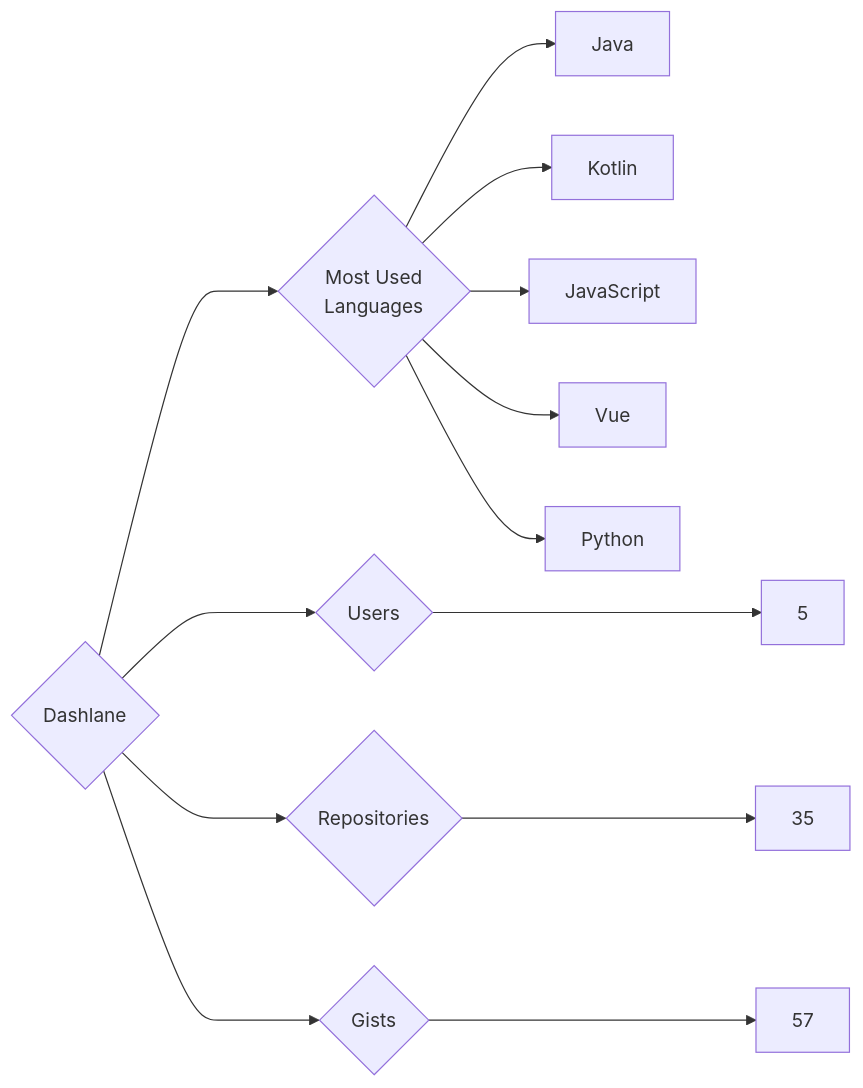
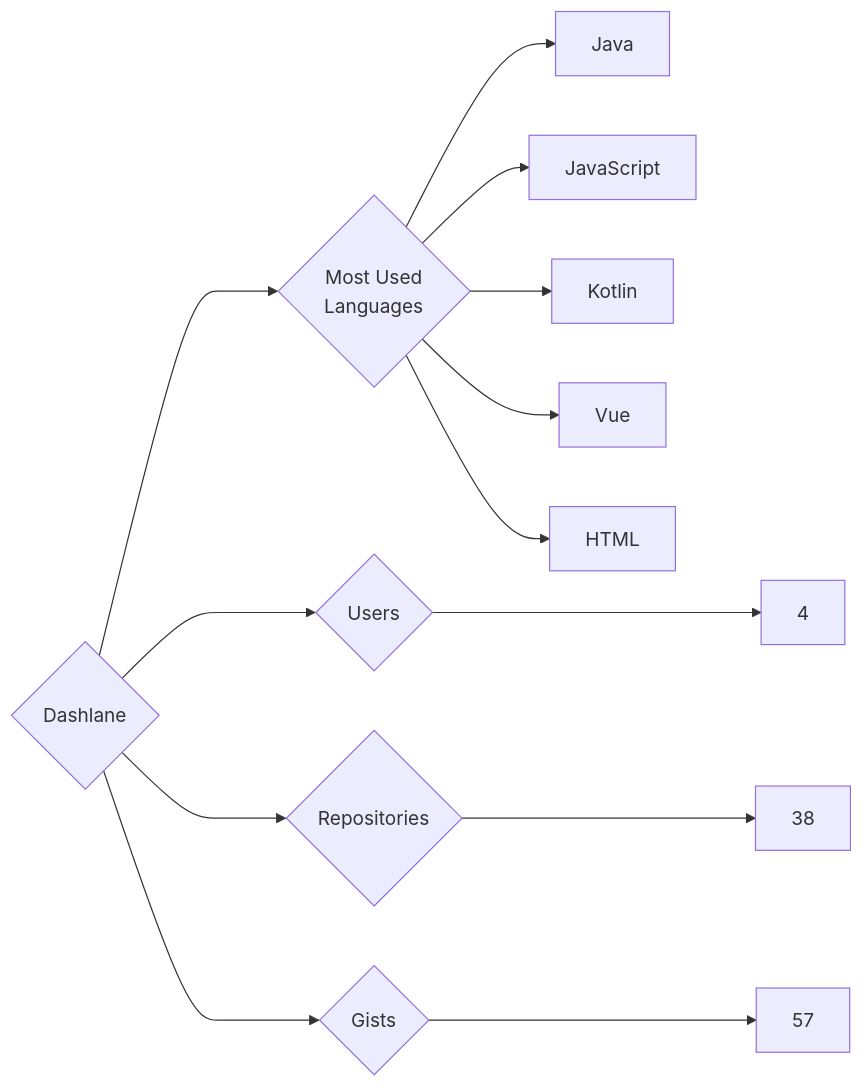
One commit to trickest/insiders changed the diagram in targets/Dashlane/README.md. Above: the diagram before and after it, drawn with Mermaid. The commit also changed 1212 other files, not shown here.

````diff
--- a/targets/Dashlane/README.md
+++ b/targets/Dashlane/README.md
@@ -3,13 +3,13 @@
 ```mermaid
 graph LR
 COMPANY_NAME{Dashlane}
-COMPANY_NAME ---> U{Users} ---> UN[5]
-COMPANY_NAME ---> R{Repositories} ---> RN[35]
+COMPANY_NAME ---> U{Users} ---> UN[4]
+COMPANY_NAME ---> R{Repositories} ---> RN[38]
 COMPANY_NAME ---> G{Gists} ---> GN[57]
 COMPANY_NAME ---> ML{Most Used<br>Languages}
 ML --> Java[Java]
+ML --> JavaScript[JavaScript]
 ML --> Kotlin[Kotlin]
-ML --> JavaScript[JavaScript]
 ML --> Vue[Vue]
-ML --> Python[Python]
+ML --> HTML[HTML]
 ```
````
